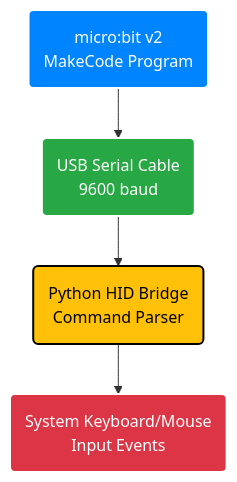
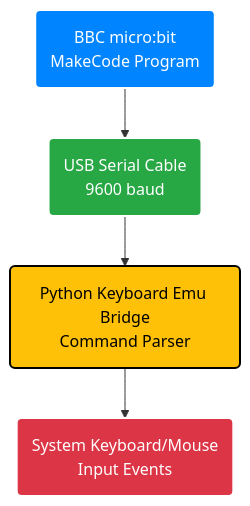
The first of 2 diagrams in README.md (evotions/KeyboardEmu-for-BBC-Microbit), drawn with Mermaid before and after one commit. The commit also changed other lines of this file and 12 other files, not shown here.

Commit message:
KeyboardEmu-branding update

````diff
--- a/README.md
+++ b/README.md
@@ -7,11 +7,11 @@
 ```mermaid
 graph TD
-    A("micro:bit v2<br/>MakeCode Program") --> B("USB Serial Cable<br/>9600 baud")
-    B --> C("Python HID Bridge<br/>Command Parser")
+    A("BBC micro:bit<br/>MakeCode Program") --> B("USB Serial Cable<br/>9600 baud")
+    B --> C("Python Keyboard Emu Bridge<br/>Command Parser")
     C --> D("System Keyboard/Mouse<br/>Input Events")
     
     style A fill:#0084ff,stroke:#fff,stroke-width:2px,color:#fff
     style B fill:#28a745,stroke:#fff,stroke-width:2px,color:#fff
     style C fill:#ffc107,stroke:#000,stroke-width:2px,color:#000
     style D fill:#dc3545,stroke:#fff,stroke-width:2px,color:#fff
 ```
````
